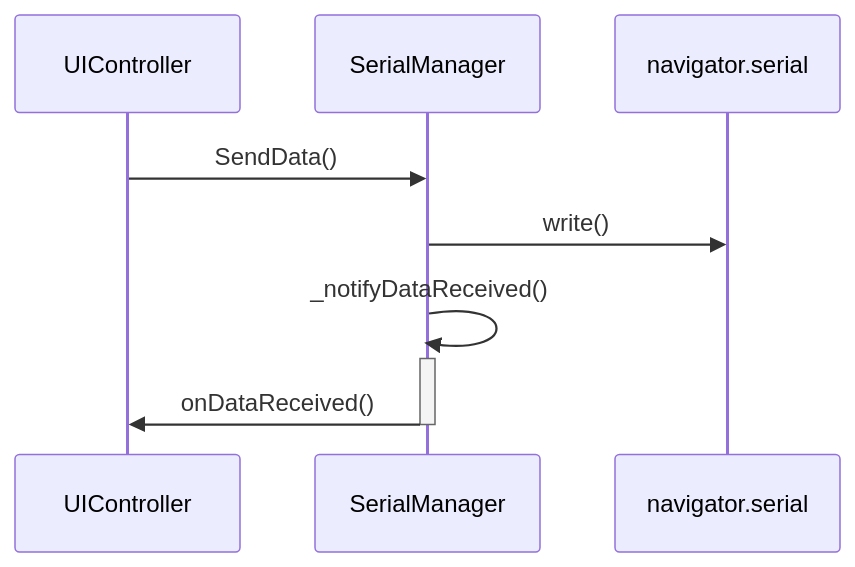
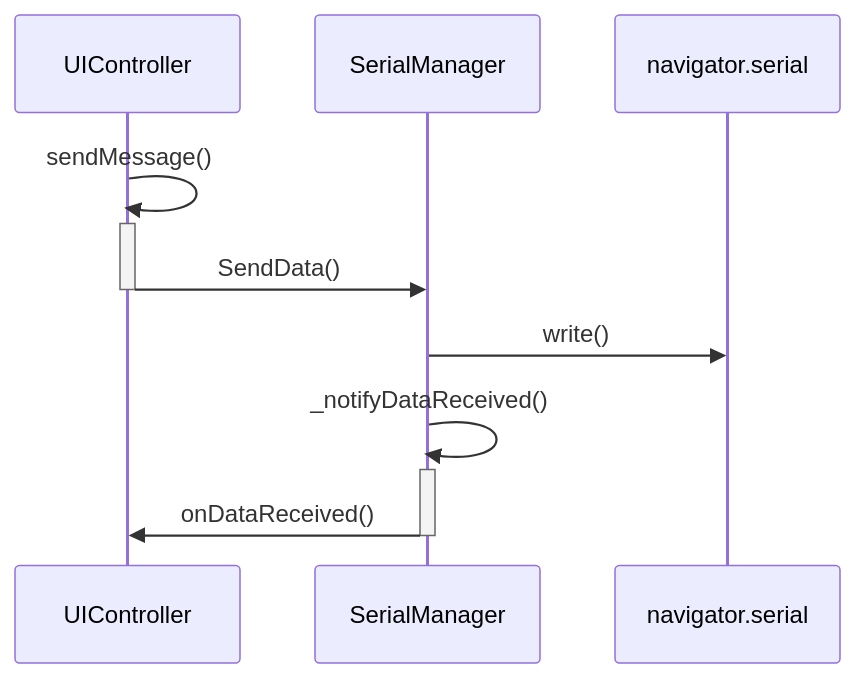
The diagram in diagram/serial_write_seq.mmd (coreanq/web_serial), drawn with Mermaid before and after one commit. The commit also changed 1 other file, not shown here.

Commit message:
패킷 파싱 로직 개선 및 시퀀스 다이어그램 업데이트

```diff
--- a/diagram/serial_write_seq.mmd
+++ b/diagram/serial_write_seq.mmd
@@ -1,10 +1,11 @@
 sequenceDiagram
     participant UIController
     participant SerialManager
     participant navigator.serial
 
-    UIController->>SerialManager: SendData()
+    UIController->>+UIController: sendMessage()
+    UIController->>-SerialManager: SendData()
     SerialManager->>navigator.serial: write()
 
     SerialManager->>+SerialManager: _notifyDataReceived()
     SerialManager->>-UIController: onDataReceived()
```
